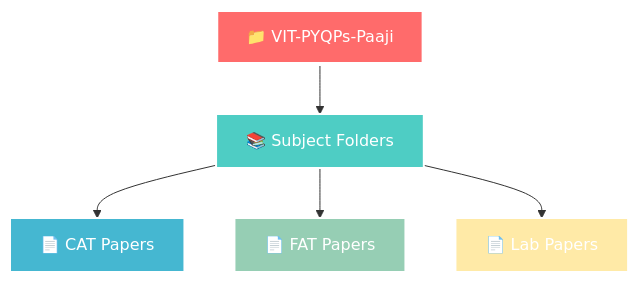
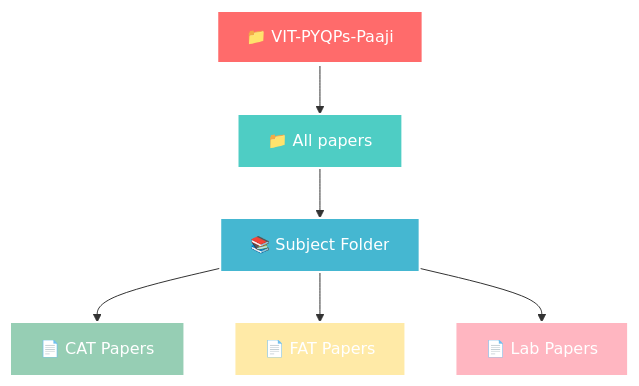
The first of 2 diagrams in README.md (puneet-chandna/VIT-PYQPs-Paaji), drawn with Mermaid before and after one commit. The commit also changed other lines of this file and 232 other files, not shown here.

````diff
--- a/README.md
+++ b/README.md
@@ -90,13 +90,14 @@
 ```mermaid
 graph TD
-    A[📁 VIT-PYQPs-Paaji] --> B[📚 Subject Folders]
-    B --> C[📄 CAT Papers]
-    B --> D[📄 FAT Papers]
-    B --> E[📄 Lab Papers]
+    A[📁 VIT-PYQPs-Paaji] --> B[📁 All papers] -->C[📚 Subject Folder]
+    C --> D[📄 CAT Papers]
+    C --> E[📄 FAT Papers]
+    C --> F[📄 Lab Papers]
     
     style A fill:#ff6b6b,stroke:#fff,stroke-width:4px,color:#fff
     style B fill:#4ecdc4,stroke:#fff,stroke-width:2px,color:#fff
     style C fill:#45b7d1,stroke:#fff,stroke-width:2px,color:#fff
     style D fill:#96ceb4,stroke:#fff,stroke-width:2px,color:#fff
     style E fill:#ffeaa7,stroke:#fff,stroke-width:2px,color:#fff
+    style F fill:#FFB6C1 ,stroke:#fff,stroke-width:2px,color:#fff
 ```
````
